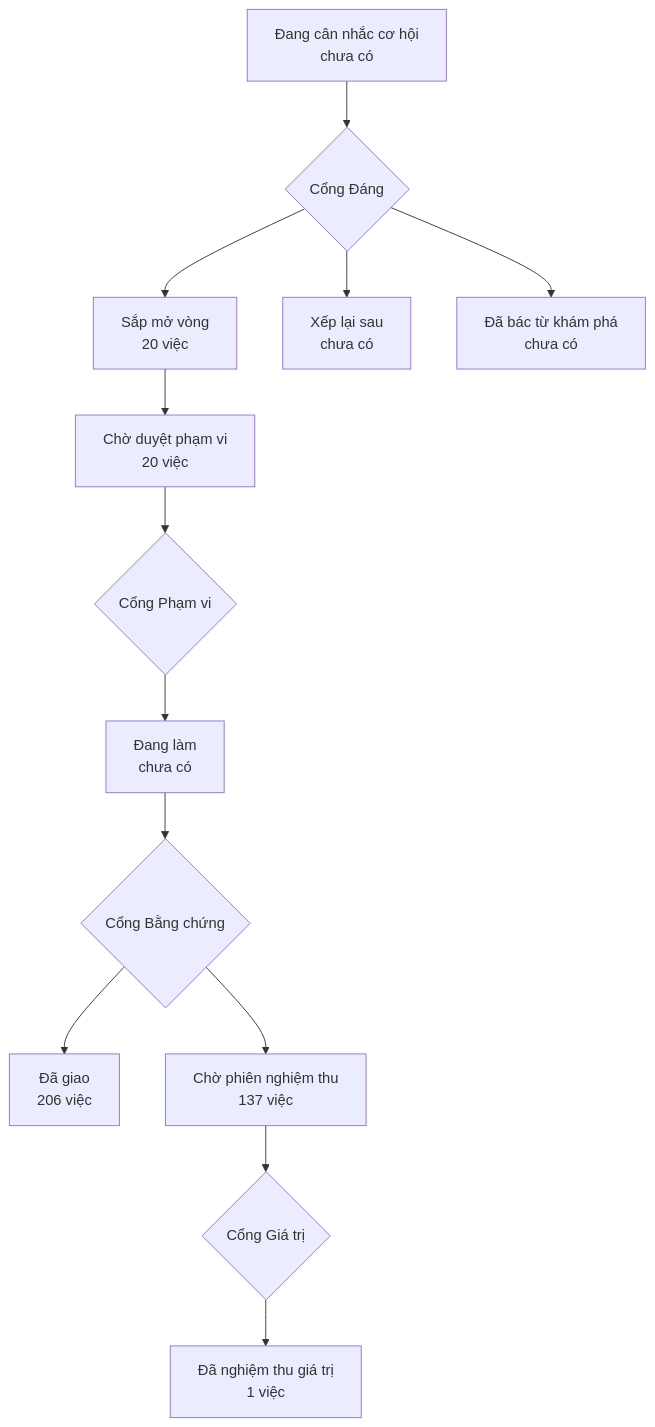
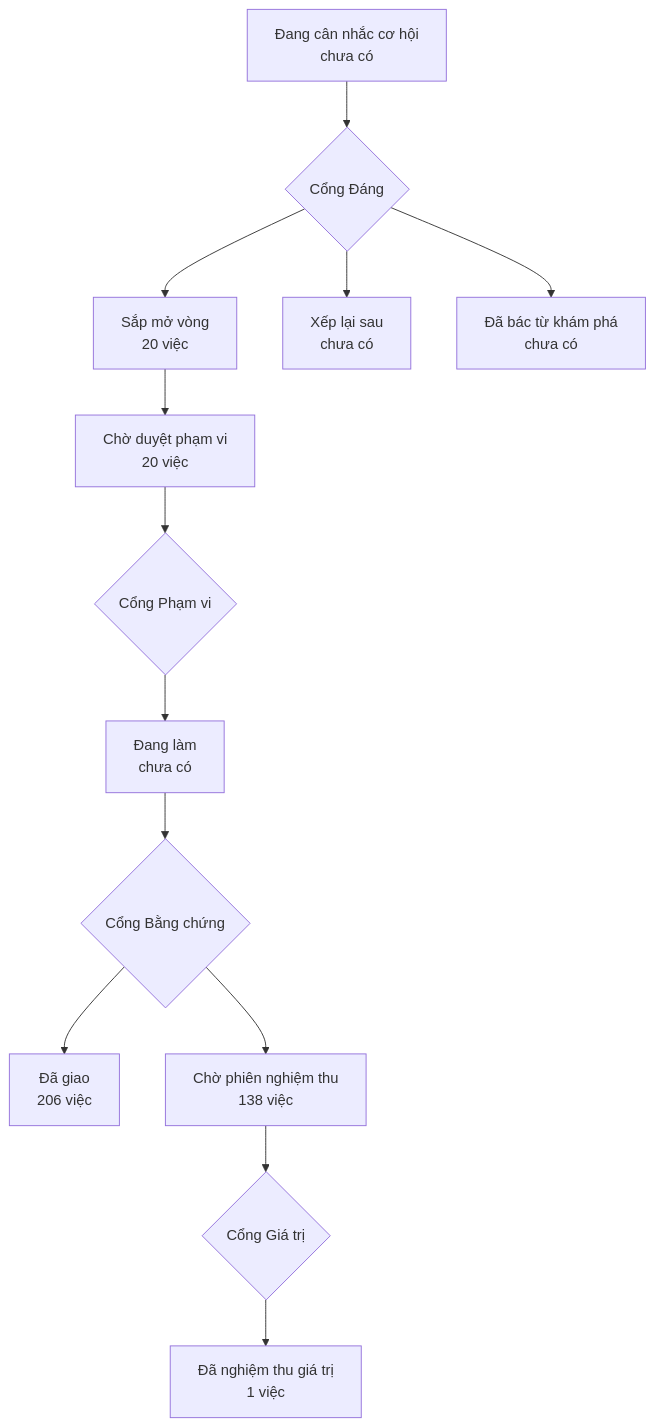
Before and after one commit to phanlemanh/onehub-invest: the diagram in PRODUCT-MAP.md, drawn with Mermaid. The commit also changed other lines of this file and 1 other file, not shown here.

Commit message:
docs: vẽ lại PRODUCT-MAP và LO-TRINH sau khi nhận main 8e01a548c

````diff
--- a/PRODUCT-MAP.md
+++ b/PRODUCT-MAP.md
@@ -7,12 +7,12 @@
 ```mermaid
 flowchart TD
   A["Đang cân nhắc cơ hội<br/>chưa có"] --> GD{"Cổng Đáng"}
   GD --> B["Sắp mở vòng<br/>20 việc"]
   GD --> XL["Xếp lại sau<br/>chưa có"]
   GD --> DB["Đã bác từ khám phá<br/>chưa có"]
   B --> CD["Chờ duyệt phạm vi<br/>20 việc"] --> GP{"Cổng Phạm vi"}
   GP --> DL["Đang làm<br/>chưa có"] --> GB{"Cổng Bằng chứng"}
   GB --> DG["Đã giao<br/>206 việc"]
-  GB --> CN["Chờ phiên nghiệm thu<br/>137 việc"] --> GG{"Cổng Giá trị"}
+  GB --> CN["Chờ phiên nghiệm thu<br/>138 việc"] --> GG{"Cổng Giá trị"}
   GG --> NT["Đã nghiệm thu giá trị<br/>1 việc"]
 ```
````
